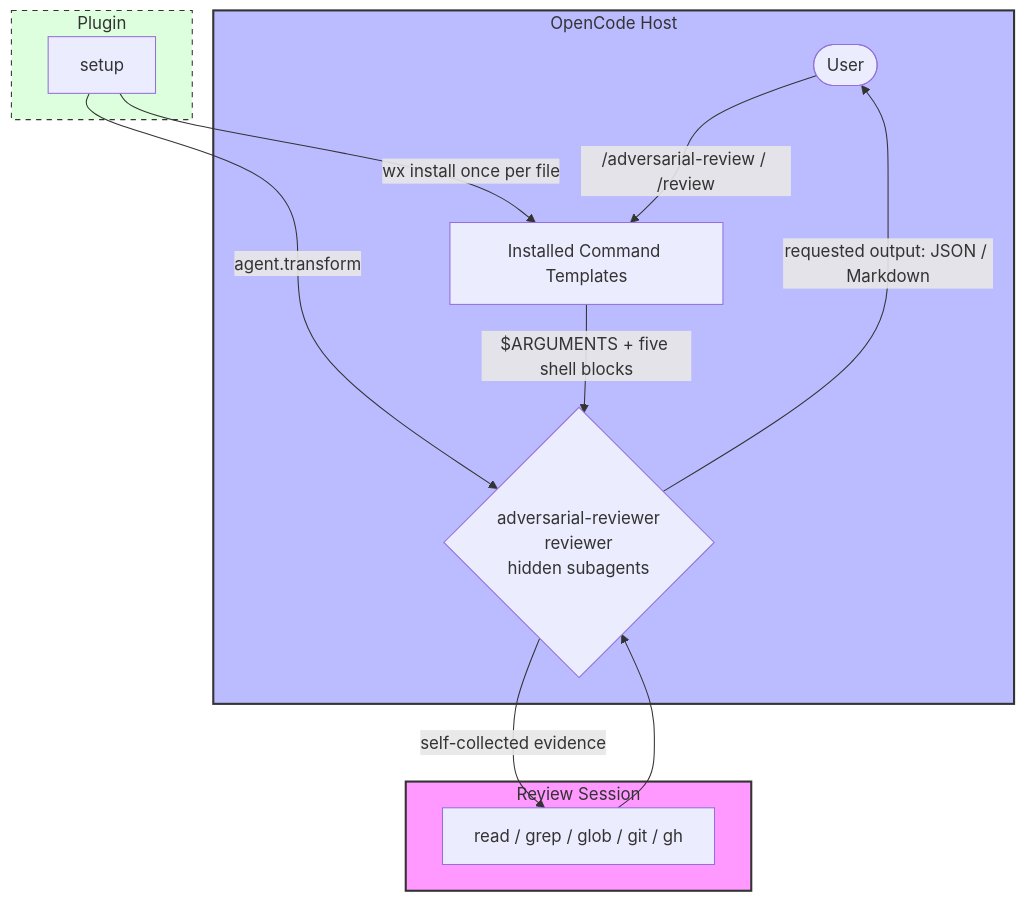
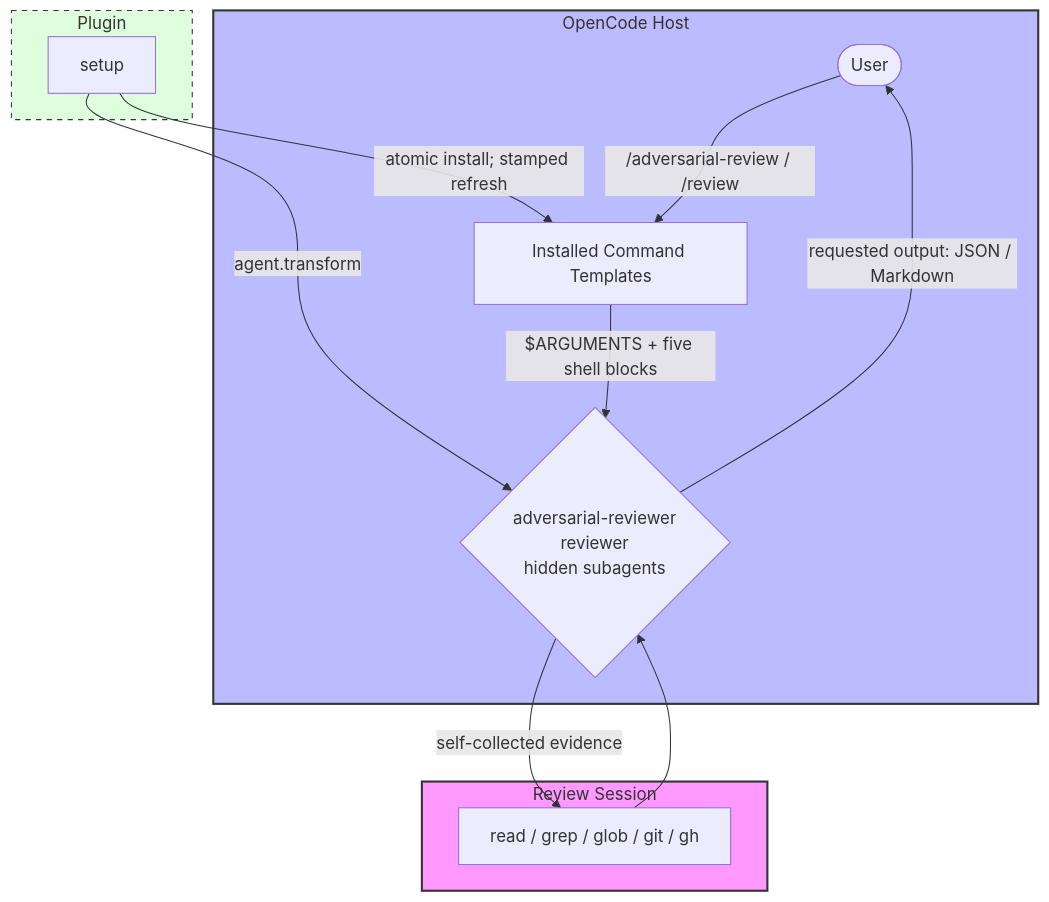
One commit to capyBearista/opencode-plugins changed the diagram in packages/opencode-adversarial-review/README.md. Above: the diagram before and after it, drawn with Mermaid. The commit also changed other lines of this file and 5 other files, not shown here.

First line of the commit message:
feat(adversarial-review): version-stamped command installs with safe update

````diff
--- a/packages/opencode-adversarial-review/README.md
+++ b/packages/opencode-adversarial-review/README.md
@@ -29,26 +31,26 @@
 ```mermaid
 graph TB
     subgraph Host [OpenCode Host]
         User([User]) -->|"/adversarial-review / /review"| Command[Installed Command Templates]
         Command -->|"$ARGUMENTS + five shell blocks"| Reviewer
     end
 
     subgraph Plugin [Plugin]
         Setup[setup] -->|agent.transform| Reviewer{"adversarial-reviewer<br/>reviewer<br/>hidden subagents"}
-        Setup -->|"wx install once per file"| Command
+        Setup -->|"atomic install; stamped refresh"| Command
     end
 
     subgraph Review [Review Session]
         Reviewer -->|self-collected evidence| Tools[read / grep / glob / git / gh]
         Tools --> Reviewer
         Reviewer -->|"requested output: JSON / Markdown"| User
     end
 
     classDef host fill:#bbf,stroke:#333,stroke-width:2px;
     classDef plugin fill:#dfd,stroke:#333,stroke-width:1px,stroke-dasharray: 5 5;
     classDef adversary fill:#f9f,stroke:#333,stroke-width:2px;
 
     class Host host;
     class Plugin plugin;
     class Review adversary;
 ```
````
